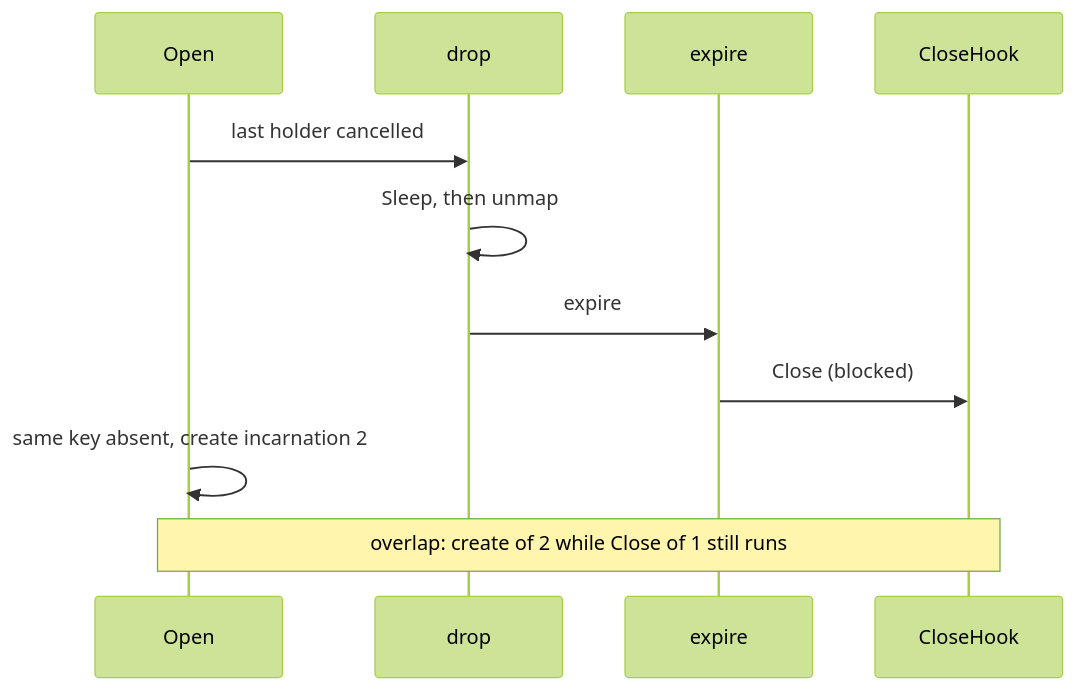
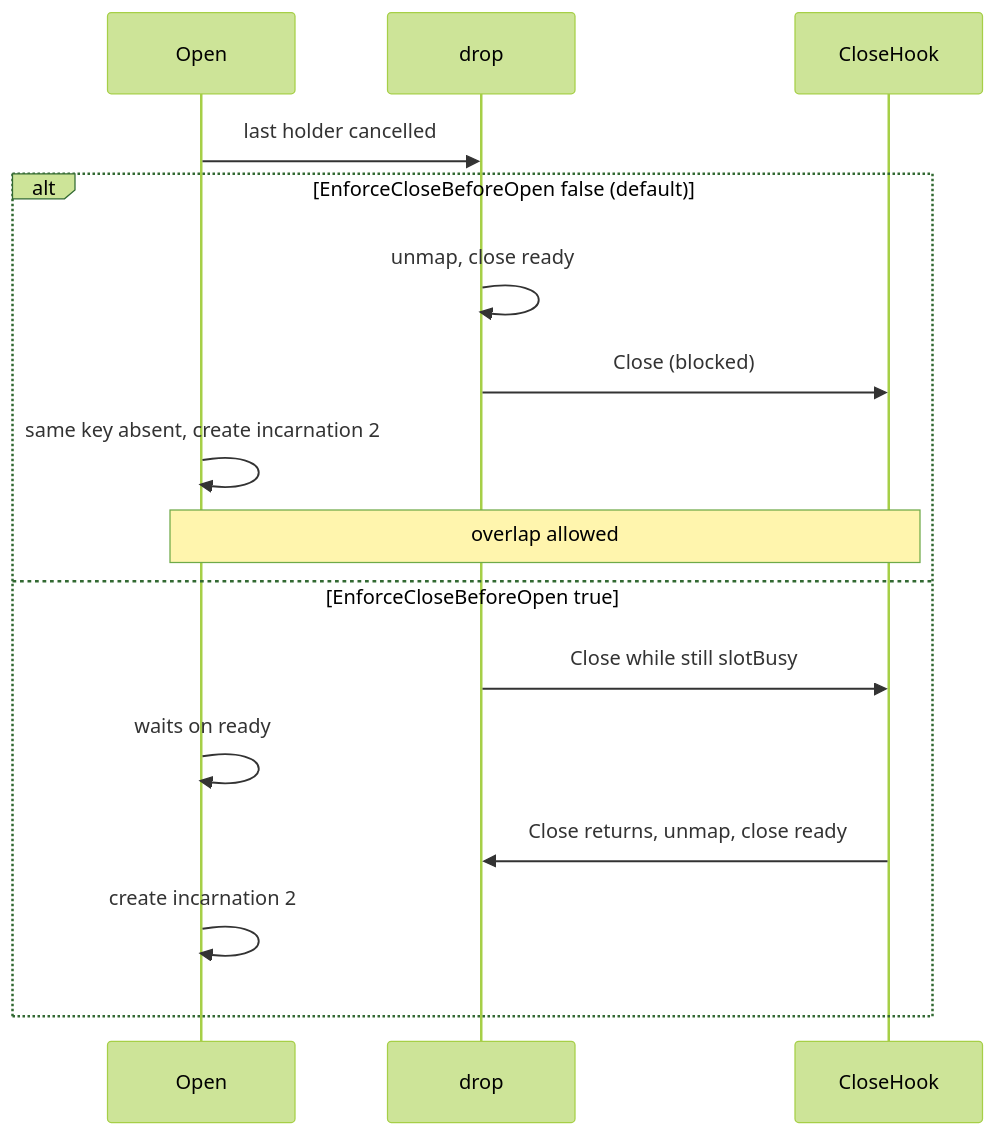
One commit to david-garcia-garcia/traefik-middleware-utilities changed the diagram in devstate/2026/09/2026-09-13-reclaim-bug-unmap-before-close/card.md. Above: the diagram before and after it, drawn with Mermaid (forest theme). The commit also changed other lines of this file, not shown here.

````diff
--- a/devstate/2026/09/2026-09-13-reclaim-bug-unmap-before-close/card.md
+++ b/devstate/2026/09/2026-09-13-reclaim-bug-unmap-before-close/card.md
@@ -17,13 +15,18 @@
 ```mermaid
 sequenceDiagram
   participant Open
   participant drop
-  participant expire
   participant CloseHook
   Open->>drop: last holder cancelled
-  drop->>drop: Sleep, then unmap
-  drop->>expire: expire
-  expire->>CloseHook: Close (blocked)
-  Open->>Open: same key absent, create incarnation 2
-  Note over CloseHook,Open: overlap: create of 2 while Close of 1 still runs
+  alt EnforceCloseBeforeOpen false (default)
+    drop->>drop: unmap, close ready
+    drop->>CloseHook: Close (blocked)
+    Open->>Open: same key absent, create incarnation 2
+    Note over CloseHook,Open: overlap allowed
+  else EnforceCloseBeforeOpen true
+    drop->>CloseHook: Close while still slotBusy
+    Open->>Open: waits on ready
+    CloseHook->>drop: Close returns, unmap, close ready
+    Open->>Open: create incarnation 2
+  end
 ```
````
